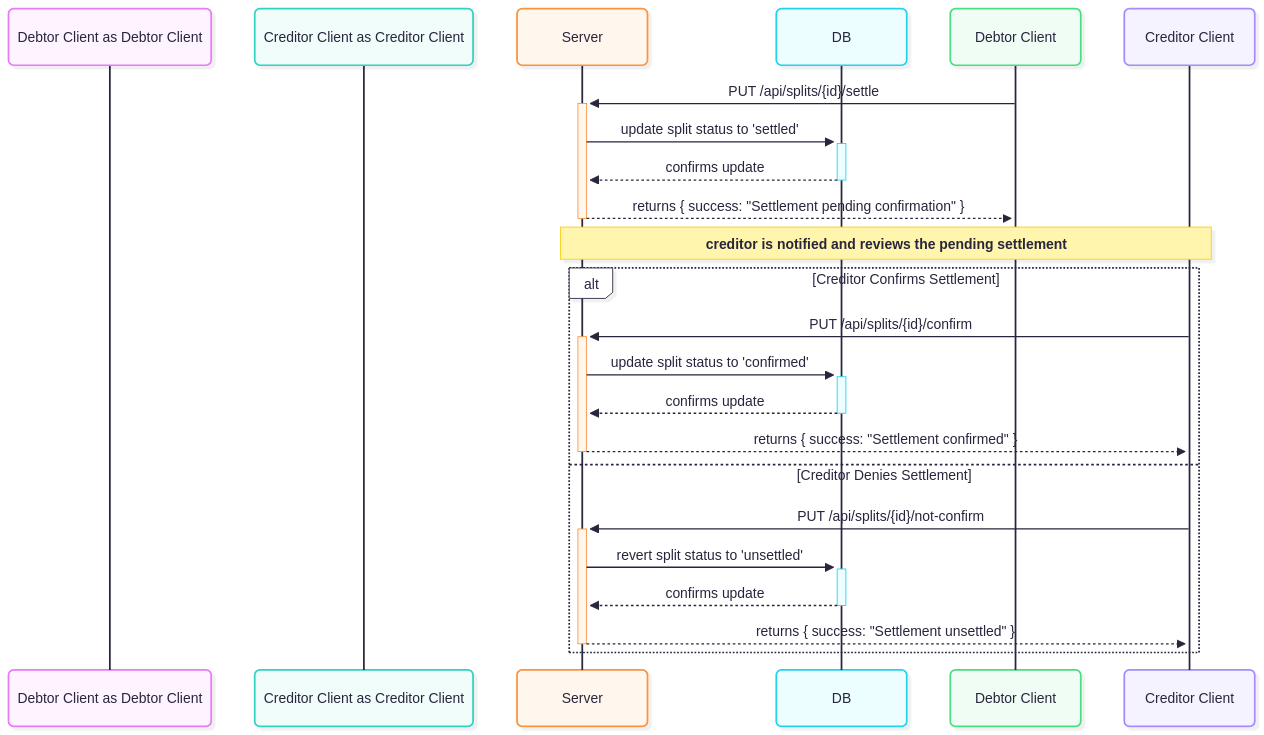
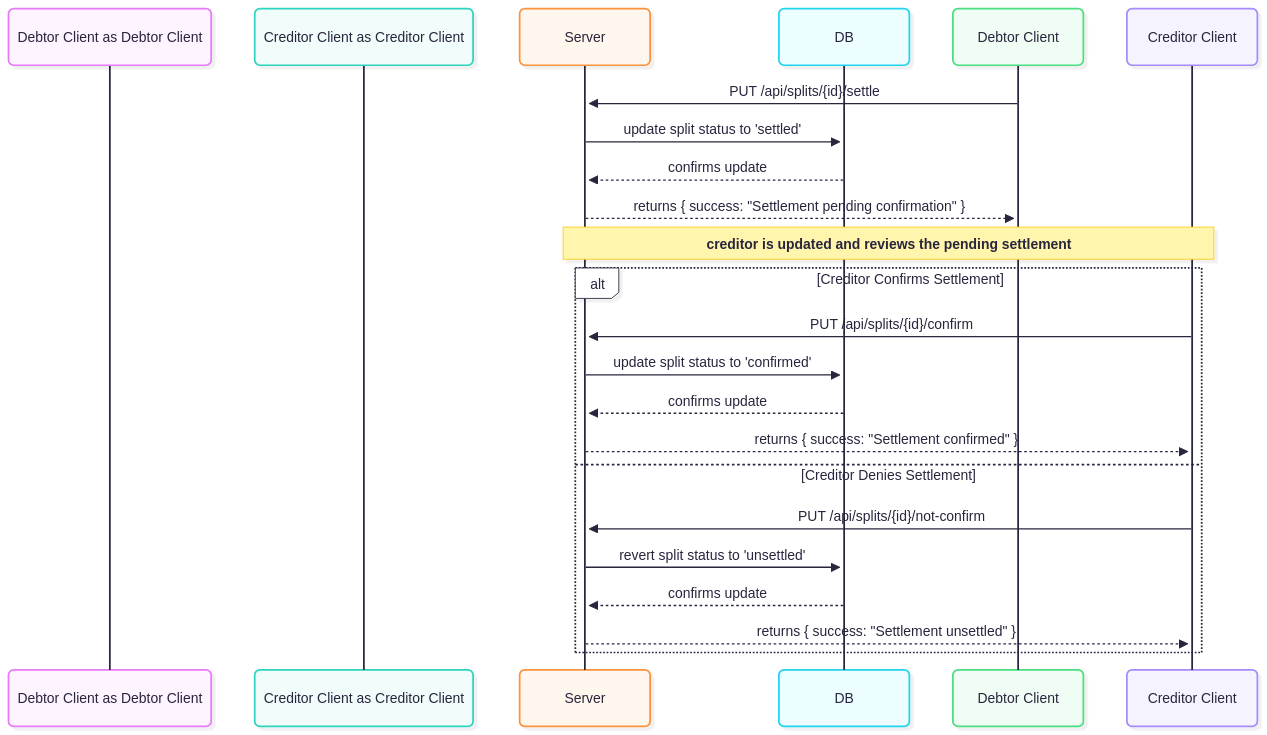
One commit to addy118/portfolio changed the diagram in mermaid/fairshare/fs-settle.mmd. Above: the diagram before and after it, drawn with Mermaid. The commit also changed 14 other files, not shown here.

Commit message:
feat: add fairshare seq diagrams

```diff
--- a/mermaid/fairshare/fs-settle.mmd
+++ b/mermaid/fairshare/fs-settle.mmd
@@ -1,28 +1,28 @@
 ---
 config:
   theme: redux-color
   look: neo
 ---
 
 sequenceDiagram
   participant Debtor Client as Debtor Client
   participant Creditor Client as Creditor Client
   participant Server as Server
   participant DB as DB
 
-  Debtor Client ->>+ Server: PUT /api/splits/{id}/settle
-  Server ->>+ DB: update split status to 'settled'
-  DB -->>- Server: confirms update
-  Server -->>- Debtor Client: returns { success: "Settlement pending confirmation" }
-  Note over Creditor Client, Server: creditor is notified and reviews the pending settlement
+  Debtor Client ->> Server: PUT /api/splits/{id}/settle
+  Server ->> DB: update split status to 'settled'
+  DB -->> Server: confirms update
+  Server -->> Debtor Client: returns { success: "Settlement pending confirmation" }
+  Note over Creditor Client, Server: creditor is updated and reviews the pending settlement
   alt Creditor Confirms Settlement
-    Creditor Client ->>+ Server: PUT /api/splits/{id}/confirm
-    Server ->>+ DB: update split status to 'confirmed'
-    DB -->>- Server: confirms update
-    Server -->>- Creditor Client: returns { success: "Settlement confirmed" }
+    Creditor Client ->> Server: PUT /api/splits/{id}/confirm
+    Server ->> DB: update split status to 'confirmed'
+    DB -->> Server: confirms update
+    Server -->> Creditor Client: returns { success: "Settlement confirmed" }
   else Creditor Denies Settlement
-    Creditor Client ->>+ Server: PUT /api/splits/{id}/not-confirm
-    Server ->>+ DB: revert split status to 'unsettled'
-    DB -->>- Server: confirms update
-    Server -->>- Creditor Client: returns { success: "Settlement unsettled" }
+    Creditor Client ->> Server: PUT /api/splits/{id}/not-confirm
+    Server ->> DB: revert split status to 'unsettled'
+    DB -->> Server: confirms update
+    Server -->> Creditor Client: returns { success: "Settlement unsettled" }
   end
```
